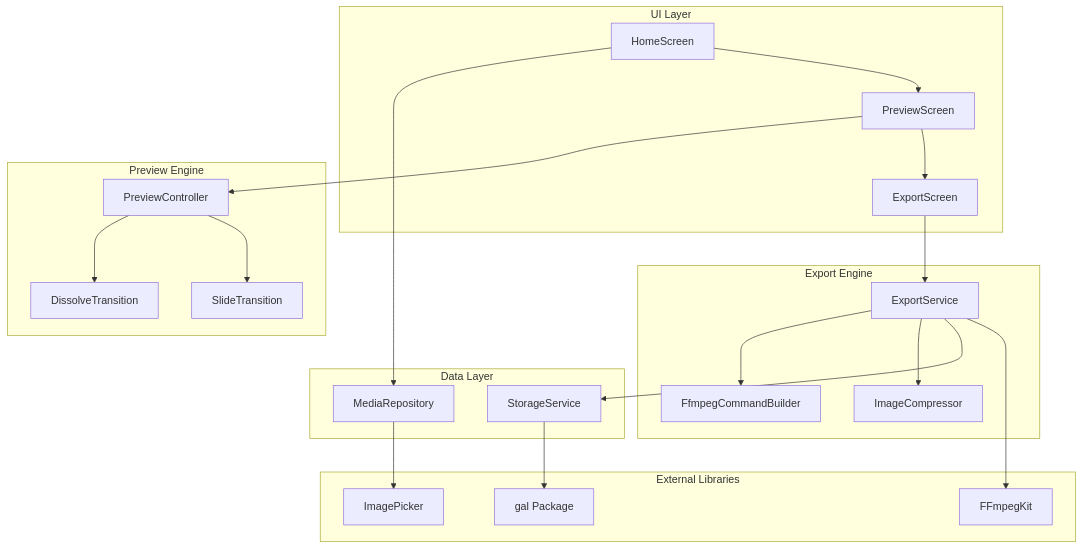
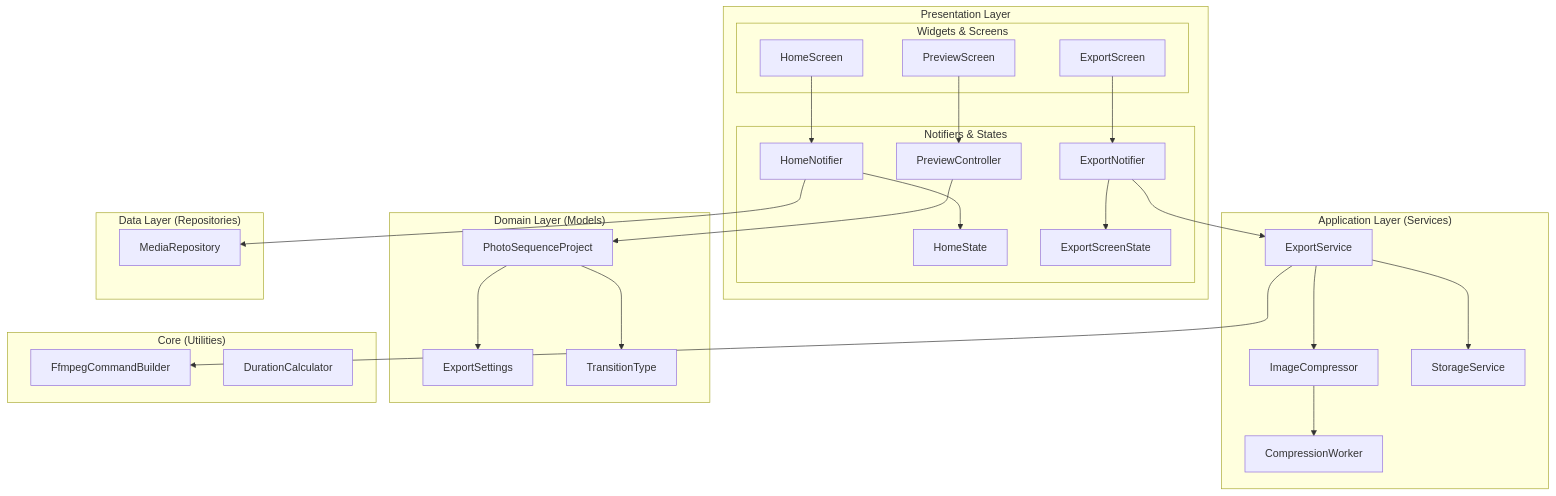
Before and after one commit to Harishwarrior/photo_sequence: the diagram in README.md, drawn with Mermaid. The commit also changed other lines of this file, not shown here.

Commit message:
refactor: Update app launcher icons and document new clean architecture in README."

````diff
--- a/README.md
+++ b/README.md
@@ -38,45 +38,54 @@
 ```mermaid
 graph TB
-    subgraph UI["UI Layer"]
-        HS[HomeScreen]
-        PS[PreviewScreen]
-        ES[ExportScreen]
+    subgraph Presentation["Presentation Layer"]
+        subgraph Controllers["Notifiers & States"]
+            HN[HomeNotifier]
+            HS[HomeState]
+            EN[ExportNotifier]
+            ES[ExportScreenState]
+            PC[PreviewController]
+        end
+        subgraph UI["Widgets & Screens"]
+            HScr[HomeScreen]
+            PScr[PreviewScreen]
+            EScr[ExportScreen]
+        end
     end
     
-    subgraph Preview["Preview Engine"]
-        PC[PreviewController]
-        DT[DissolveTransition]
-        ST[SlideTransition]
+    subgraph Application["Application Layer (Services)"]
+        EXS[ExportService]
+        IC[ImageCompressor]
+        CW[CompressionWorker]
+        SS[StorageService]
+    end
+
+    subgraph Domain["Domain Layer (Models)"]
+        PSP[PhotoSequenceProject]
+        ESet[ExportSettings]
+        TT[TransitionType]
     end
     
-    subgraph Export["Export Engine"]
-        FCB[FfmpegCommandBuilder]
-        EXS[ExportService]
-        IC[ImageCompressor]
+    subgraph Data["Data Layer (Repositories)"]
+        MR[MediaRepository]
     end
     
-    subgraph Data["Data Layer"]
-        MR[MediaRepository]
-        SS[StorageService]
+    subgraph Core["Core (Utilities)"]
+        FCB[FfmpegCommandBuilder]
+        DC[DurationCalculator]
     end
-    
-    subgraph External["External Libraries"]
-        FFmpeg[FFmpegKit]
-        Gal[gal Package]
-        IP[ImagePicker]
-    end
-    
-    HS --> MR
-    HS --> PS
-    PS --> PC
-    PC --> DT
-    PC --> ST
-    PS --> ES
-    ES --> EXS
+
+    HScr --> HN
+    HN --> HS
+    HN --> MR
+    PScr --> PC
+    PC --> PSP
+    EScr --> EN
+    EN --> ES
+    EN --> EXS
     EXS --> FCB
     EXS --> IC
+    IC --> CW
     EXS --> SS
-    MR --> IP
-    SS --> Gal
-    EXS --> FFmpeg
+    PSP --> ESet
+    PSP --> TT
 ```
````
